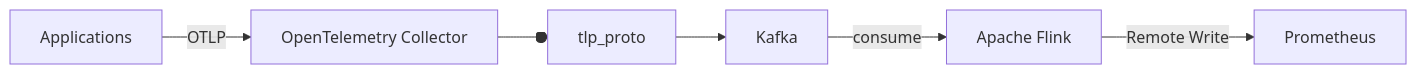
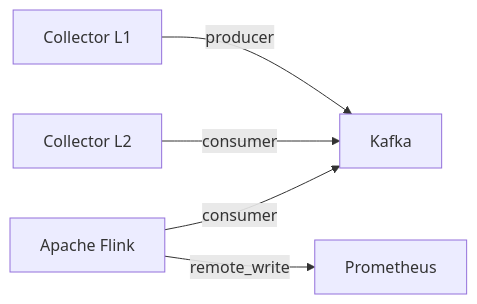
The diagram in content/007/README.md (apolzek/tryharding-studies), drawn with Mermaid before and after one commit. The commit also changed other lines of this file, not shown here.

````diff
--- a/content/007/README.md
+++ b/content/007/README.md
@@ -9,7 +9,13 @@
 ```mermaid
-graph LR
-    A[Applications] --OTLP--> B[OpenTelemetry Collector]
-    B --otlp_proto--> C[Kafka]
-    C --consume--> D[Apache Flink]
-    D --Remote Write--> E[Prometheus]
+flowchart LR
+    collector_l1["Collector L1"]
+    kafka["Kafka"]
+    collector_l2["Collector L2"]
+    flink["Apache Flink"]
+    prometheus["Prometheus"]
+
+    collector_l1 --producer--> kafka
+    collector_l2 --consumer--> kafka
+    flink --consumer--> kafka
+    flink --remote_write--> prometheus
 ```
````
